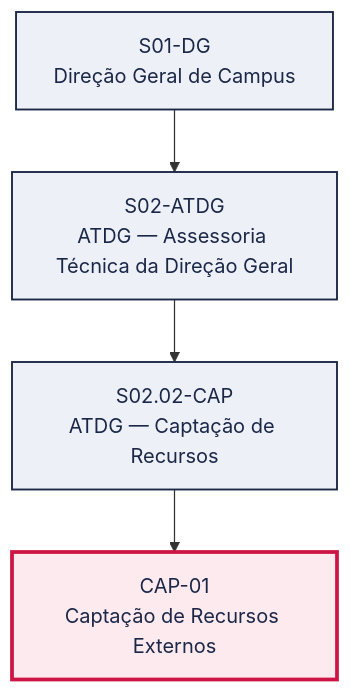
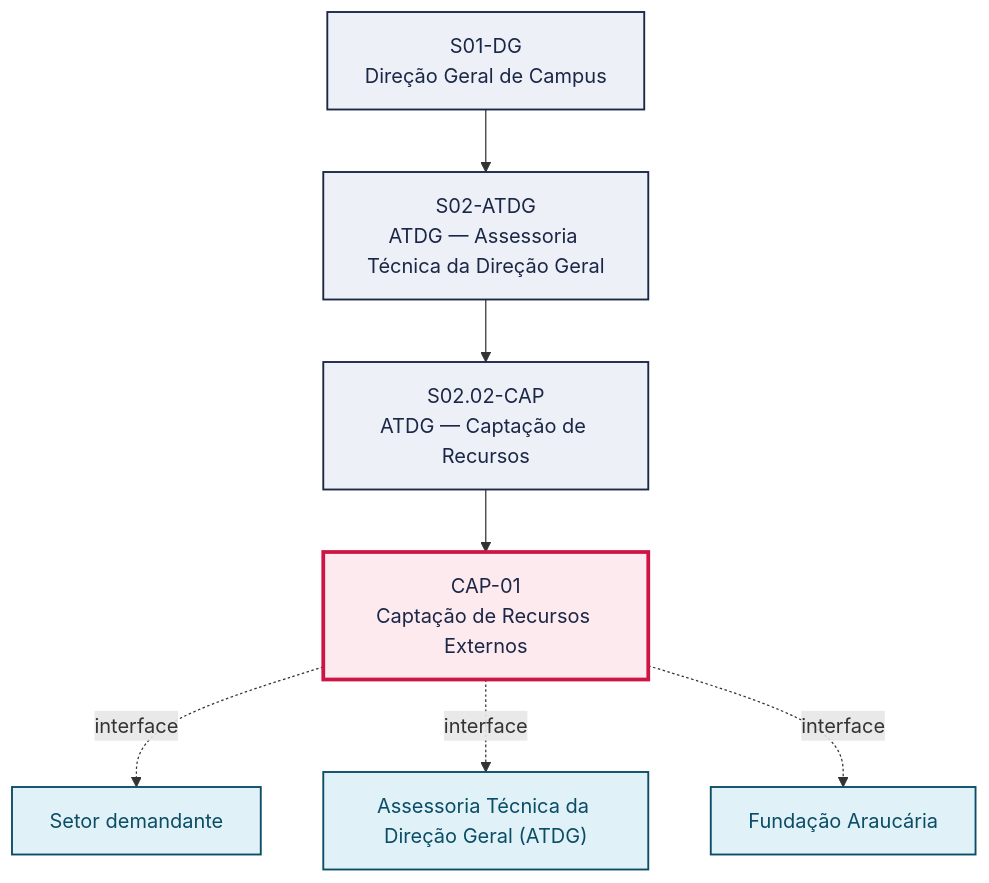
The first of 2 diagrams in pops/CAP/CAP-01.md (jessefers/canvas-vivo-atdg), drawn with Mermaid before and after one commit. The commit also changed other lines of this file and 61 other files, not shown here.

````diff
--- a/pops/CAP/CAP-01.md
+++ b/pops/CAP/CAP-01.md
@@ -49,15 +51,22 @@
 ```mermaid
 graph TD
   S01_DG["S01-DG<br/>Direção Geral de Campus"]
   S02_ATDG["S02-ATDG<br/>ATDG — Assessoria Técnica da Direção Geral"]
   S01_DG --> S02_ATDG
   S02_02_CAP["S02.02-CAP<br/>ATDG — Captação de Recursos"]
   S02_ATDG --> S02_02_CAP
   P["CAP-01<br/>Captação de Recursos Externos"]
   S02_02_CAP --> P
+  V1["Setor demandante"]
+  P -. interface .-> V1
+  V2["Assessoria Técnica da Direção Geral (ATDG)"]
+  P -. interface .-> V2
+  V3["Fundação Araucária"]
+  P -. interface .-> V3
   classDef setor fill:#EEF0F7,stroke:#1B2747,stroke-width:1.5px,color:#1B2747
   classDef destaque fill:#FDEAEE,stroke:#CC1544,stroke-width:3px,color:#1B2747
   classDef vizinho fill:#E0F2F8,stroke:#0B4D66,stroke-width:1.5px,color:#0B4D66
   class S01_DG,S02_ATDG,S02_02_CAP setor
   class P destaque
+  class V1,V2,V3 vizinho
 ```
````
